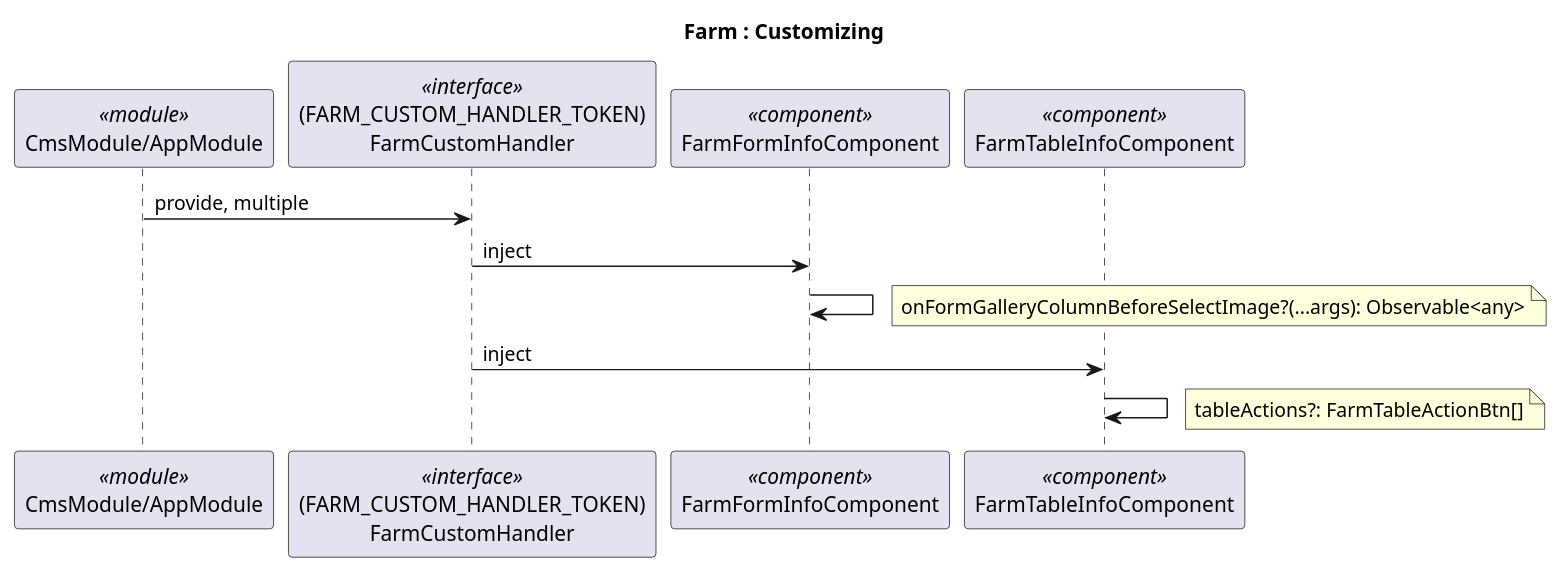
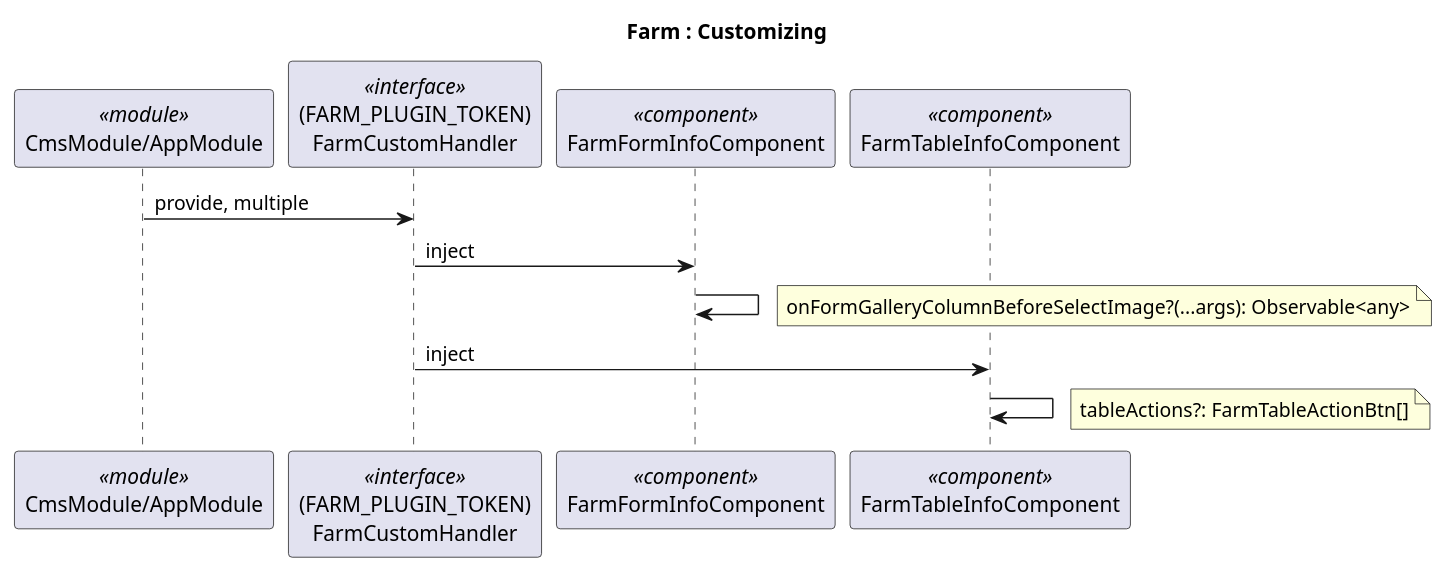
Before and after one commit to jef15938/CMS-4.0_FE-githubActions: the diagram in cms/diagram/farm/5.farm-customizing.wsd, drawn with PlantUML. The commit also changed 13 other files, not shown here.

```diff
--- a/cms/diagram/farm/5.farm-customizing.wsd
+++ b/cms/diagram/farm/5.farm-customizing.wsd
@@ -1,19 +1,19 @@
 @startuml
 
 Title Farm : Customizing
 participant "CmsModule/AppModule" as module << module >>
-participant "(FARM_CUSTOM_HANDLER_TOKEN)\nFarmCustomHandler" as customHandler << interface >>
+participant "(FARM_PLUGIN_TOKEN)\nFarmCustomHandler" as customHandler << interface >>
 participant "FarmFormInfoComponent" as formInfo << component >>
 participant "FarmTableInfoComponent" as tableInfo << component >>
 
 module -> customHandler: provide, multiple
 
 customHandler -> formInfo: inject
 formInfo -> formInfo
 note right: onFormGalleryColumnBeforeSelectImage?(...args): Observable<any>
 
 customHandler -> tableInfo: inject
 tableInfo -> tableInfo
 note right: tableActions?: FarmTableActionBtn[]
 
 @enduml
```
